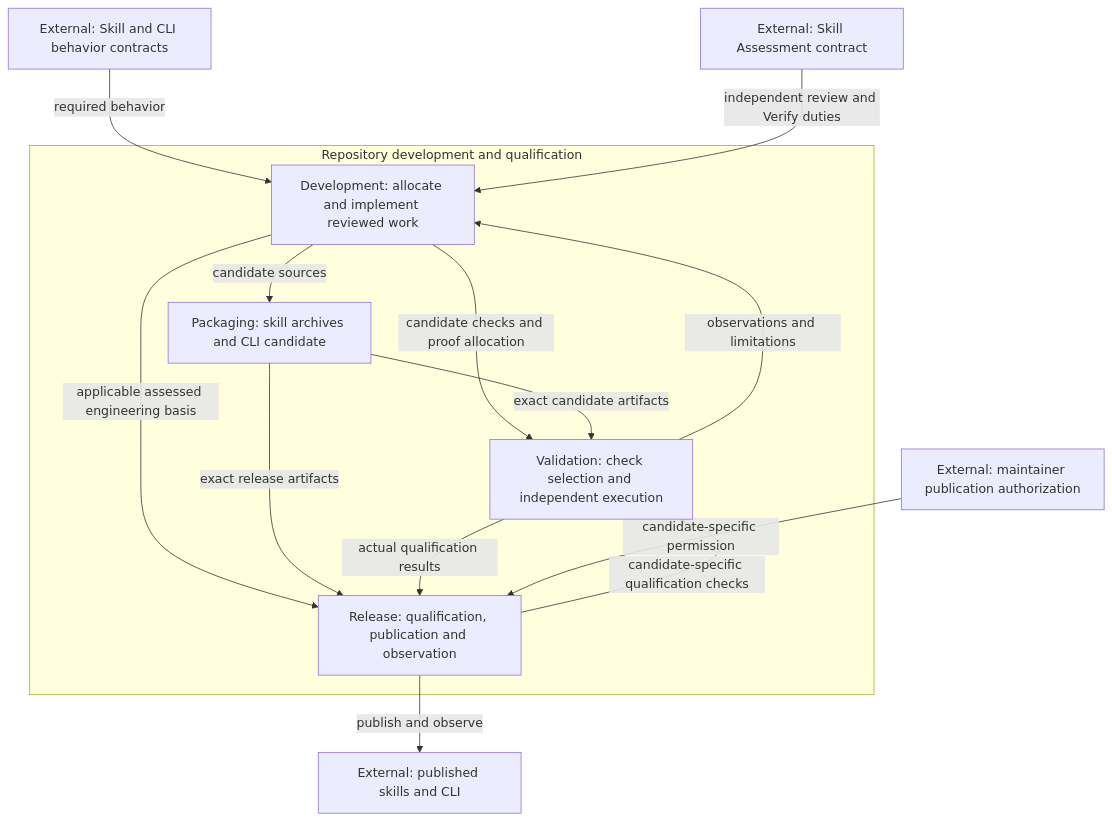
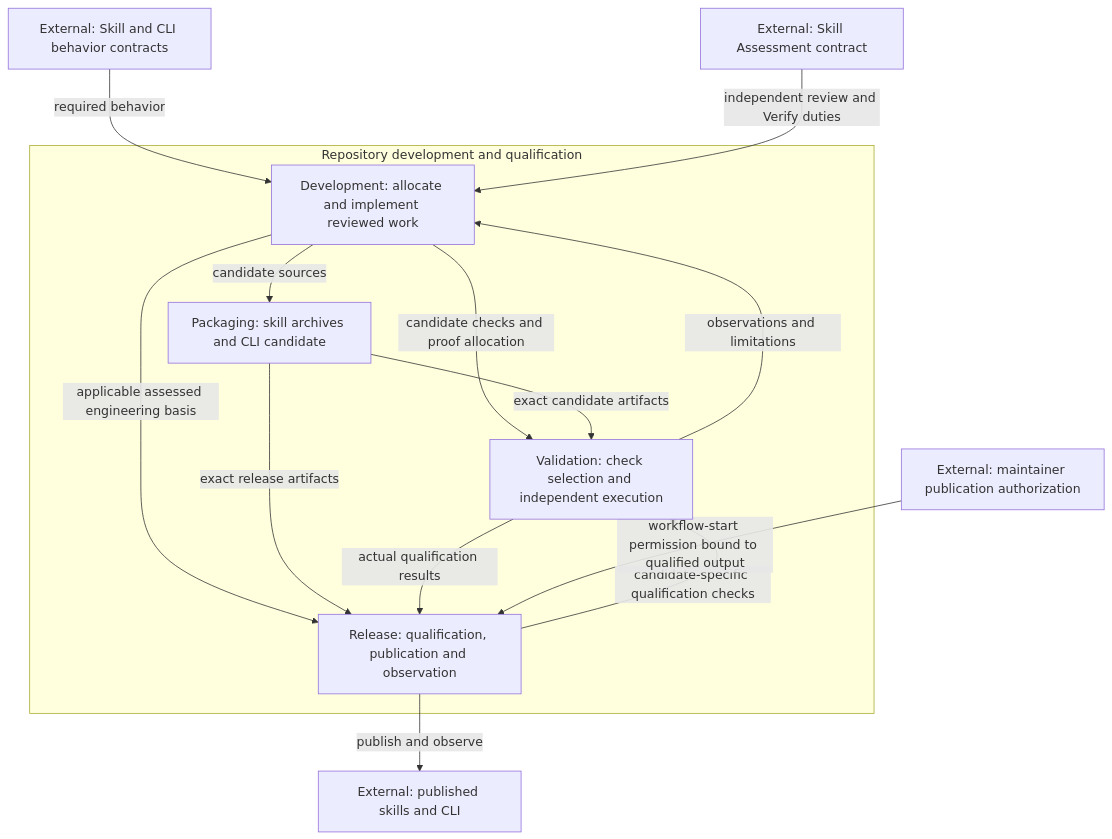
Before and after one commit to xiongxianfei/rigorloop: the first of 7 diagrams in design/support/development.md, drawn with Mermaid. The commit also changed other lines of this file and 108 other files, not shown here.

Commit message:
Publish qualified releases from authorized workflow starts (#207)

````diff
--- a/design/support/development.md
+++ b/design/support/development.md
@@ -35,25 +35,25 @@
 ```mermaid
 flowchart TB
     subgraph Owned["Repository development and qualification"]
         Development["Development: allocate and implement reviewed work"]
         Validation["Validation: check selection and independent execution"]
         Packaging["Packaging: skill archives and CLI candidate"]
         Release["Release: qualification, publication and observation"]
     end
     Behavior["External: Skill and CLI behavior contracts"]
     Assessment["External: Skill Assessment contract"]
     Authorization["External: maintainer publication authorization"]
     Products["External: published skills and CLI"]
     Behavior -->|"required behavior"| Development
     Development -->|"candidate sources"| Packaging
     Development -->|"candidate checks and proof allocation"| Validation
     Packaging -->|"exact candidate artifacts"| Validation
     Validation -->|"observations and limitations"| Development
     Assessment -->|"independent review and Verify duties"| Development
     Development -->|"applicable assessed engineering basis"| Release
     Packaging -->|"exact release artifacts"| Release
     Release -->|"candidate-specific qualification checks"| Validation
     Validation -->|"actual qualification results"| Release
-    Authorization -->|"candidate-specific permission"| Release
+    Authorization -->|"workflow-start permission bound to qualified output"| Release
     Release -->|"publish and observe"| Products
 ```
````
